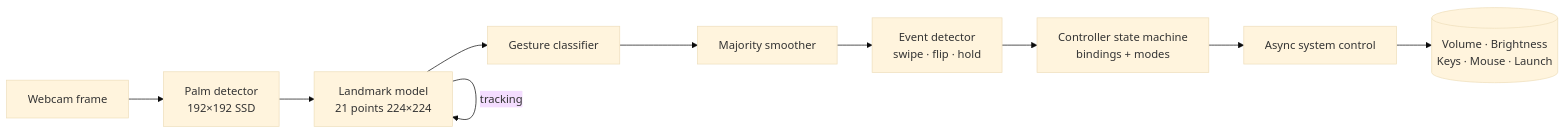
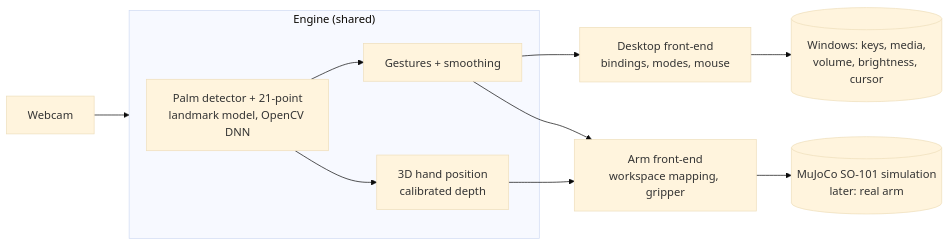
The diagram in README.md (Jzhen7/Gesture-Control-Engine), drawn with Mermaid (base theme) before and after one commit. The commit also changed other lines of this file and 6 other files, not shown here.

First line of the commit message:
docs: document the robot-arm front-end (Dash 2) and update the README

````diff
--- a/README.md
+++ b/README.md
@@ -95,12 +27,13 @@
 ```mermaid
 flowchart LR
-    cam[Webcam frame] --> palm[Palm detector<br/>192×192 SSD]
-    palm --> lm[Landmark model<br/>21 points 224×224]
-    lm -- tracking --> lm
-    lm --> cls[Gesture classifier]
-    cls --> smooth[Majority smoother]
-    smooth --> ev[Event detector<br/>swipe · flip · hold]
-    ev --> ctl[Controller state machine<br/>bindings + modes]
-    ctl --> async[Async system control]
-    async --> os[(Volume · Brightness<br/>Keys · Mouse · Launch)]
+    cam[Webcam] --> eng
+    subgraph eng["Engine (shared)"]
+      det[Palm detector + 21-point<br/>landmark model, OpenCV DNN] --> ges[Gestures + smoothing]
+      det --> pos[3D hand position<br/>calibrated depth]
+    end
+    ges --> desk[Desktop front-end<br/>bindings, modes, mouse]
+    desk --> os[(Windows: keys, media,<br/>volume, brightness, cursor)]
+    ges --> arm[Arm front-end<br/>workspace mapping, gripper]
+    pos --> arm
+    arm --> sim[(MuJoCo SO-101 simulation<br/>later: real arm)]
 ```
````
